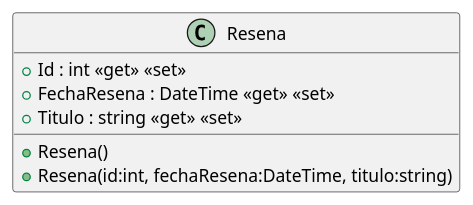
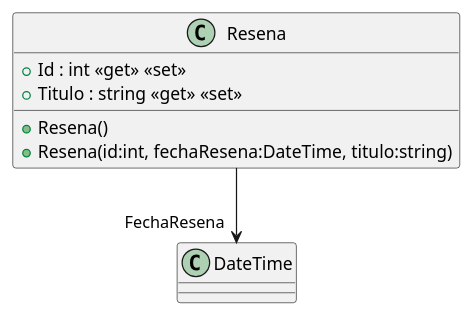
Before and after one commit to ISII2627LosElnes/ISII2627LosElnes: the diagram in src/AppForSEII.API/ClassDiagram/Resena.puml, drawn with PlantUML. The commit also changed 7 other files, not shown here.

```diff
--- a/src/AppForSEII.API/ClassDiagram/Resena.puml
+++ b/src/AppForSEII.API/ClassDiagram/Resena.puml
@@ -1,9 +1,9 @@
 @startuml
 class Resena {
     + Resena()
     + Resena(id:int, fechaResena:DateTime, titulo:string)
     + Id : int <<get>> <<set>>
-    + FechaResena : DateTime <<get>> <<set>>
     + Titulo : string <<get>> <<set>>
 }
+Resena --> "FechaResena" DateTime
 @enduml
```
